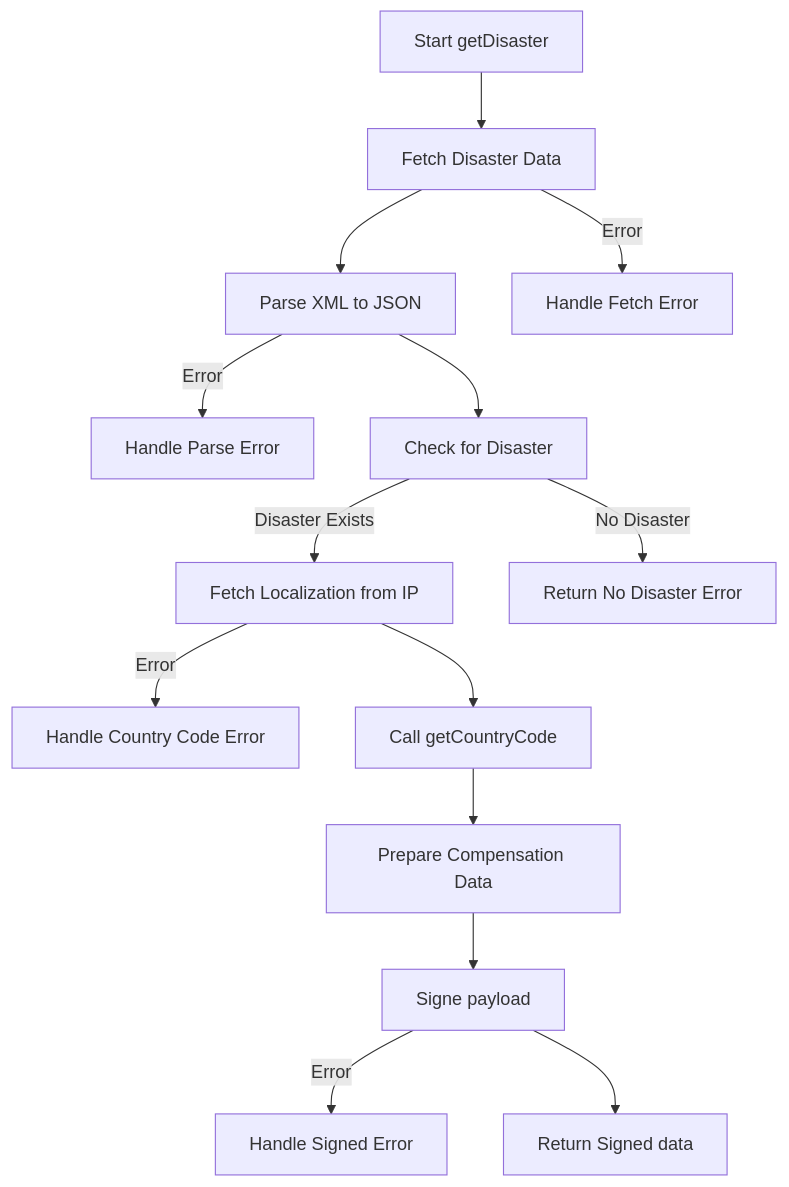
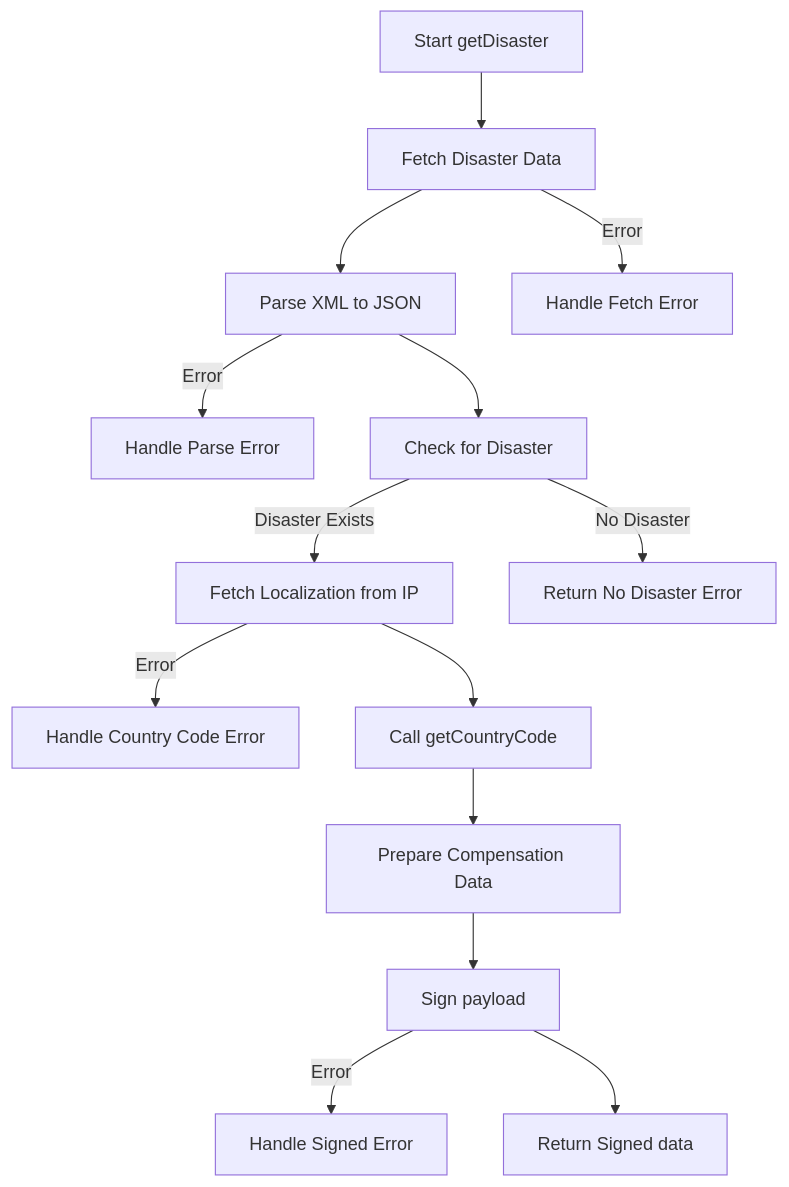
One commit to zguesmi/PRENDICO changed the second of 3 diagrams in README.md. Above: the diagram before and after it, drawn with Mermaid. The commit also changed other lines of this file, not shown here.

````diff
--- a/README.md
+++ b/README.md
@@ -107,17 +107,17 @@
 ```mermaid
 graph TD
     A[Start getDisaster] --> B[Fetch Disaster Data]
     B --> C[Parse XML to JSON]
     C -->|Error| Y[Handle Parse Error]
     C --> D[Check for Disaster]
     D -->|Disaster Exists| F[Fetch Localization from IP]
     D -->|No Disaster| G[Return No Disaster Error]
     F -->|Error| X[Handle Country Code Error]
     F --> E[Call getCountryCode]
     E --> H[Prepare Compensation Data]
-    H --> I[Signe payload]
+    H --> I[Sign payload]
     I -->|Error| W[Handle Signed Error]
     I --> J[Return Signed data]
     B -->|Error| Z[Handle Fetch Error]
 
 ```
````
